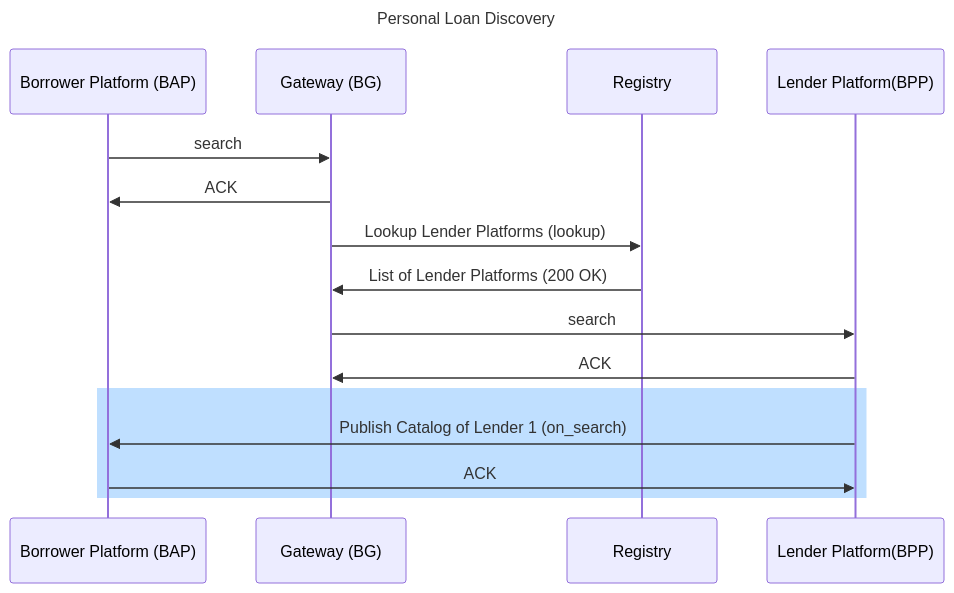
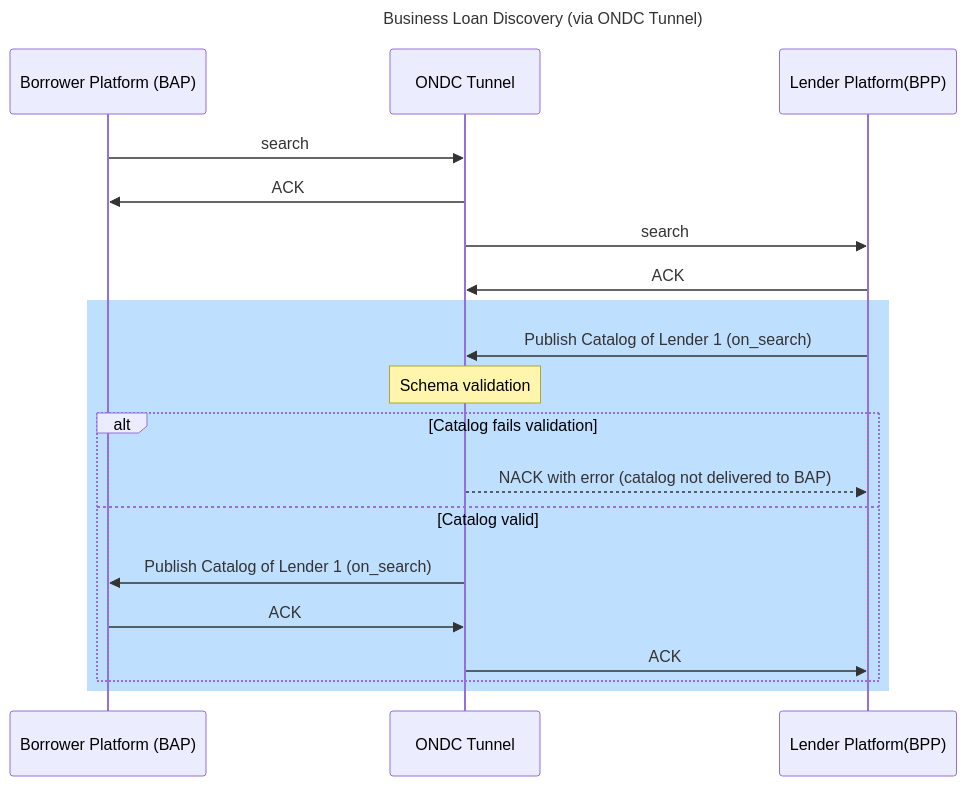
One commit to JyotiSharma0711/automation-specifications changed the second of 2 diagrams in config/docs/master-search-sequence-diagrams.md. Above: the diagram before and after it, drawn with Mermaid. The commit also changed other lines of this file, not shown here.

First line of the commit message:
docs: update master search sequence diagrams with ONDC Tunnel routing

````diff
--- a/config/docs/master-search-sequence-diagrams.md
+++ b/config/docs/master-search-sequence-diagrams.md
@@ -30,14 +39,22 @@
 ```mermaid
 sequenceDiagram
-  title Personal Loan Discovery
-  Borrower Platform (BAP)->>Gateway (BG): search
-  Gateway (BG) ->> Borrower Platform (BAP): ACK
-  Gateway (BG)->>Registry: Lookup Lender Platforms (lookup)
-  Registry->>Gateway (BG): List of Lender Platforms (200 OK)
-  Gateway (BG)->>Lender Platform(BPP): search
-  Lender Platform(BPP)->>Gateway (BG) : ACK
+  title Business Loan Discovery (via ONDC Tunnel)
+  participant Borrower Platform (BAP)
+  participant ONDC Tunnel
+  participant Lender Platform(BPP)
+  Borrower Platform (BAP)->>ONDC Tunnel: search
+  ONDC Tunnel->>Borrower Platform (BAP): ACK
+  ONDC Tunnel->>Lender Platform(BPP): search
+  Lender Platform(BPP)->>ONDC Tunnel: ACK
   rect rgb(191, 223, 255)
-  Lender Platform(BPP)->>Borrower Platform (BAP): Publish Catalog of Lender 1 (on_search)
-  Borrower Platform (BAP)->>Lender Platform(BPP): ACK
+  Lender Platform(BPP)->>ONDC Tunnel: Publish Catalog of Lender 1 (on_search)
+  Note over ONDC Tunnel: Schema validation
+  alt Catalog fails validation
+    ONDC Tunnel-->>Lender Platform(BPP): NACK with error (catalog not delivered to BAP)
+  else Catalog valid
+    ONDC Tunnel->>Borrower Platform (BAP): Publish Catalog of Lender 1 (on_search)
+    Borrower Platform (BAP)->>ONDC Tunnel: ACK
+    ONDC Tunnel->>Lender Platform(BPP): ACK
+  end
   end
 ```
````
